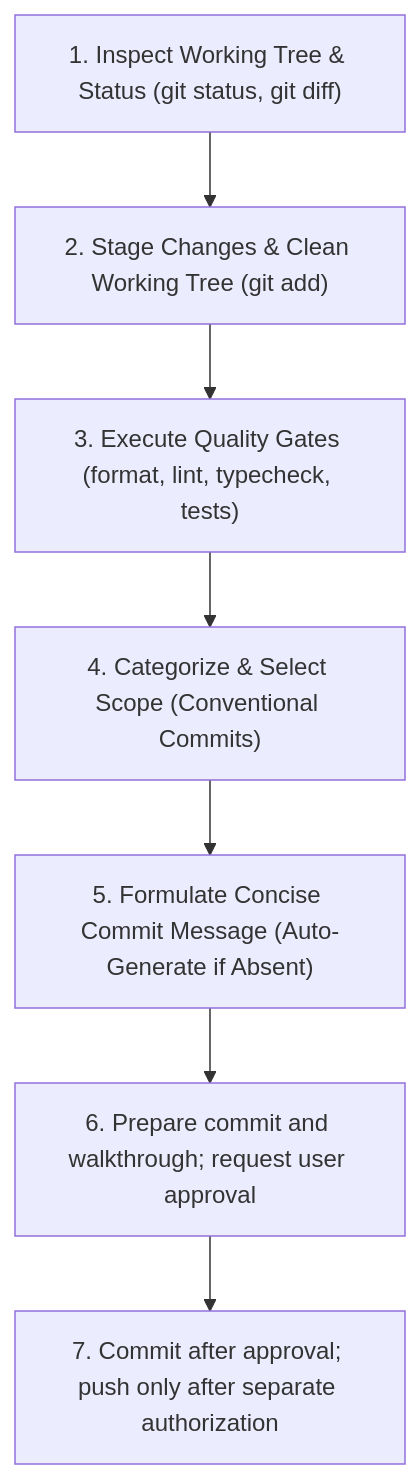
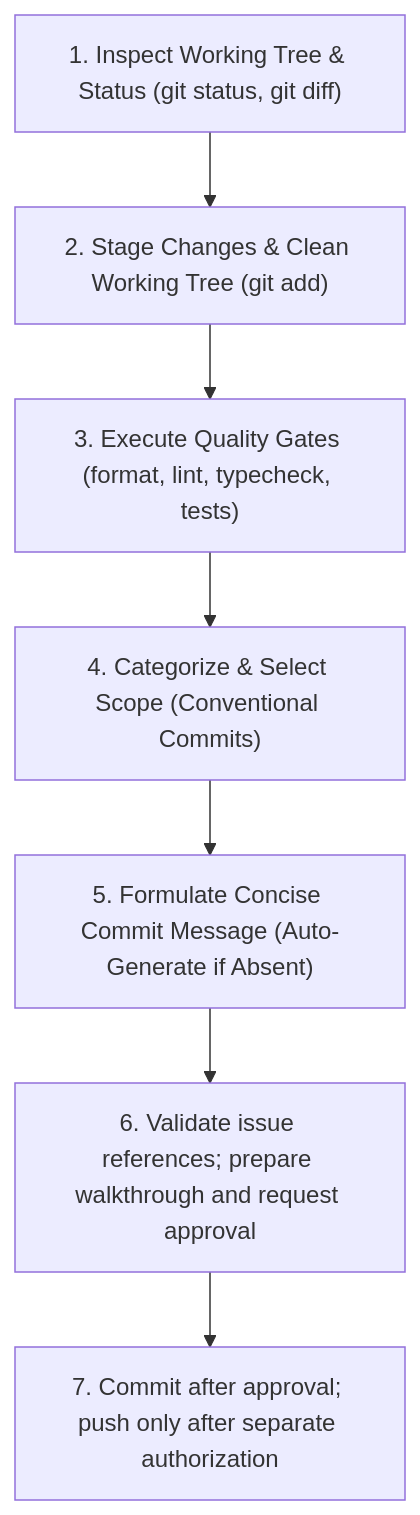
The diagram in .agents/skills/commit-and-push/SKILL.md (SteveRodrigue/MCD), drawn with Mermaid before and after one commit. The commit also changed other lines of this file, not shown here.

Commit message:
refactor(agents): harden commit delivery checks

````diff
--- a/.agents/skills/commit-and-push/SKILL.md
+++ b/.agents/skills/commit-and-push/SKILL.md
@@ -26,9 +27,9 @@
 ```mermaid
 flowchart TD
     S1["1. Inspect Working Tree & Status (git status, git diff)"] --> S2["2. Stage Changes & Clean Working Tree (git add)"]
     S2 --> S3["3. Execute Quality Gates (format, lint, typecheck, tests)"]
     S3 --> S4["4. Categorize & Select Scope (Conventional Commits)"]
     S4 --> S5["5. Formulate Concise Commit Message (Auto-Generate if Absent)"]
-      S5 --> S6["6. Prepare commit and walkthrough; request user approval"]
+      S5 --> S6["6. Validate issue references; prepare walkthrough and request approval"]
       S6 --> S7["7. Commit after approval; push only after separate authorization"]
 ```
````
